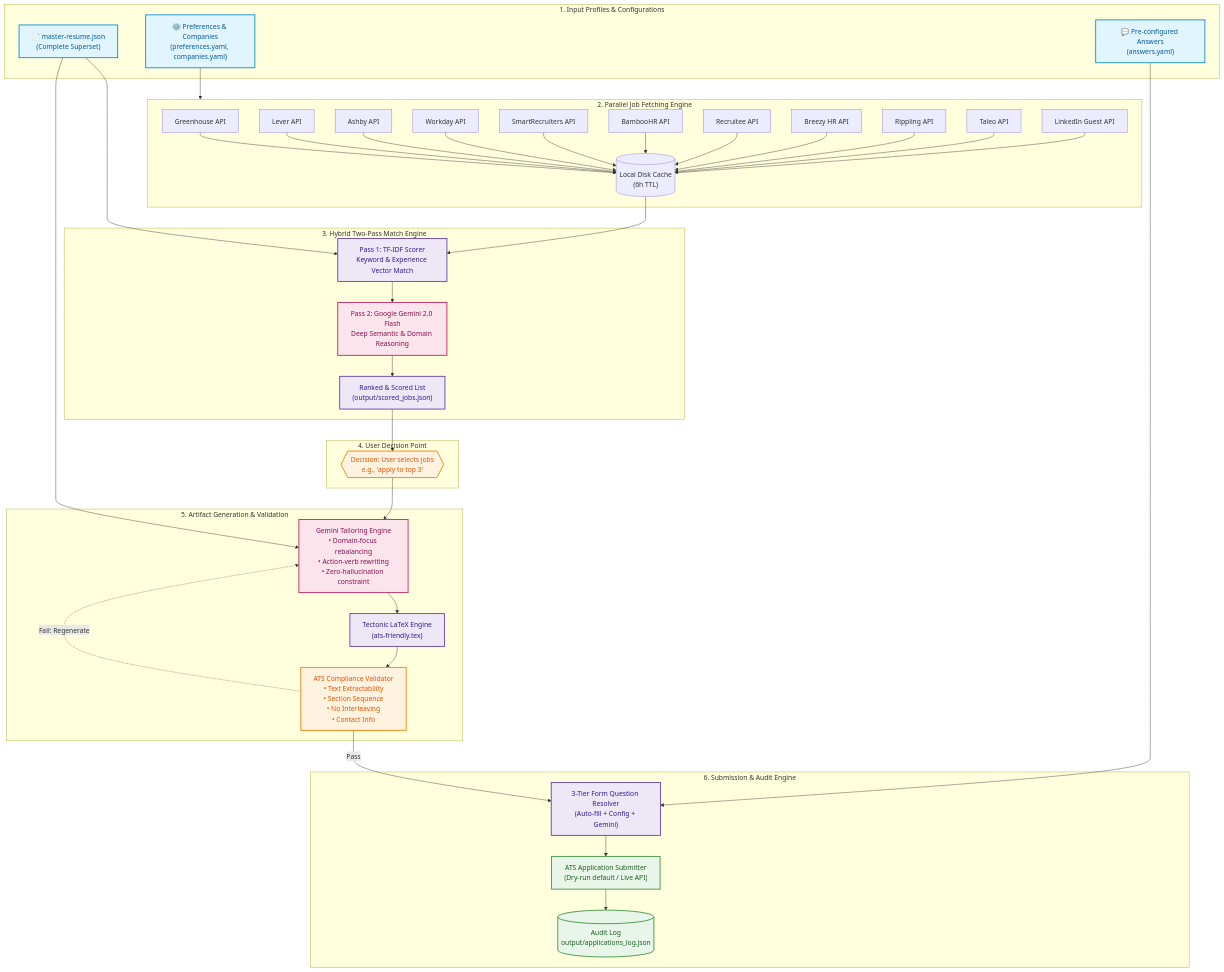
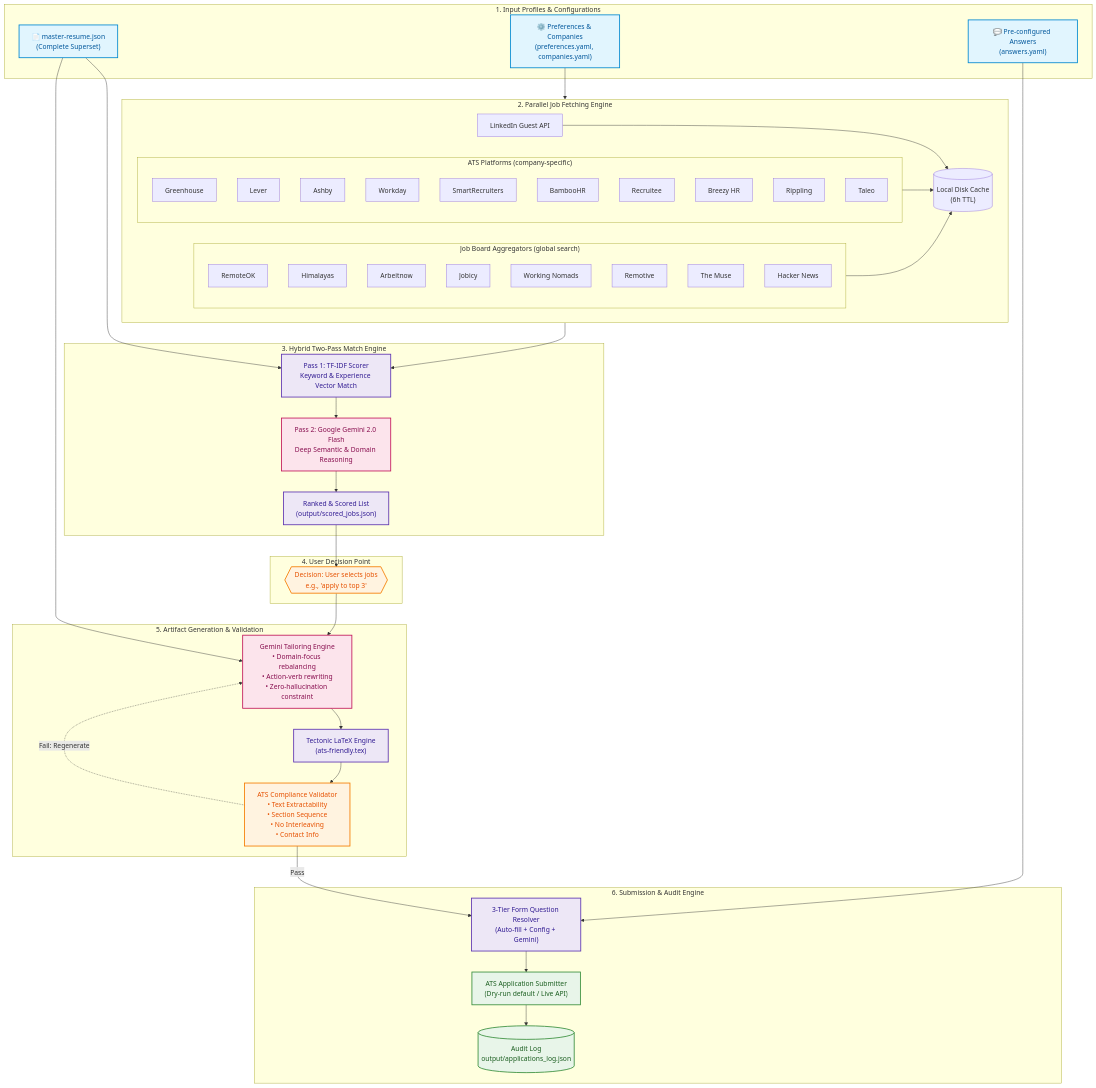
The first of 2 diagrams in README.md (prasadrawas/ats-job-hunter), drawn with Mermaid before and after one commit. The commit also changed other lines of this file and 2 other files, not shown here.

Commit message:
feat: add support for 8 job board aggregators with global search to fetcher, skill, and readme

````diff
--- a/README.md
+++ b/README.md
@@ -72,63 +97,76 @@
 ```mermaid
 flowchart TD
     classDef inputStyle fill:#e1f5fe,stroke:#0288d1,stroke-width:2px,color:#01579b;
     classDef processStyle fill:#ede7f6,stroke:#5e35b1,stroke-width:2px,color:#311b92;
     classDef aiStyle fill:#fce4ec,stroke:#c2185b,stroke-width:2px,color:#880e4f;
     classDef outputStyle fill:#e8f5e9,stroke:#388e3c,stroke-width:2px,color:#1b5e20;
     classDef guardStyle fill:#fff3e0,stroke:#f57c00,stroke-width:2px,color:#e65100;
 
     subgraph Inputs [" 1. Input Profiles & Configurations "]
         MR["📄 master-resume.json\n(Complete Superset)"]:::inputStyle
         CFG["⚙️ Preferences & Companies\n(preferences.yaml, companies.yaml)"]:::inputStyle
         ANS["💬 Pre-configured Answers\n(answers.yaml)"]:::inputStyle
     end
 
     subgraph Fetcher [" 2. Parallel Job Fetching Engine "]
-        GH["Greenhouse API"]
-        LV["Lever API"]
-        AB["Ashby API"]
-        WD["Workday API"]
-        SR["SmartRecruiters API"]
-        BH["BambooHR API"]
-        RC["Recruitee API"]
-        BZ["Breezy HR API"]
-        RP["Rippling API"]
-        TL["Taleo API"]
+        direction LR
+        subgraph ATS ["ATS Platforms (company-specific)"]
+            GH["Greenhouse"]
+            LV["Lever"]
+            AB["Ashby"]
+            WD["Workday"]
+            SR["SmartRecruiters"]
+            BH["BambooHR"]
+            RC["Recruitee"]
+            BZ["Breezy HR"]
+            RP["Rippling"]
+            TL["Taleo"]
+        end
+        subgraph Boards ["Job Board Aggregators (global search)"]
+            ROK["RemoteOK"]
+            HIM["Himalayas"]
+            ARB["Arbeitnow"]
+            JBC["Jobicy"]
+            WNO["Working Nomads"]
+            RMT["Remotive"]
+            TMS["The Muse"]
+            HN["Hacker News"]
+        end
         LI["LinkedIn Guest API"]
         CACHE[("Local Disk Cache\n(6h TTL)")]
     end
 
     subgraph Scoring [" 3. Hybrid Two-Pass Match Engine "]
         P1["Pass 1: TF-IDF Scorer\nKeyword & Experience Vector Match"]:::processStyle
         P2["Pass 2: Google Gemini 2.0 Flash\nDeep Semantic & Domain Reasoning"]:::aiStyle
         RANK["Ranked & Scored List\n(output/scored_jobs.json)"]:::processStyle
     end
 
     subgraph Decision [" 4. User Decision Point "]
         DEC{{"Decision: User selects jobs\ne.g., 'apply to top 3'"}}:::guardStyle
     end
 
     subgraph Tailoring [" 5. Artifact Generation & Validation "]
         TAILOR["Gemini Tailoring Engine\n• Domain-focus rebalancing\n• Action-verb rewriting\n• Zero-hallucination constraint"]:::aiStyle
         LATEX["Tectonic LaTeX Engine\n(ats-friendly.tex)"]:::processStyle
         VAL["ATS Compliance Validator\n• Text Extractability\n• Section Sequence\n• No Interleaving\n• Contact Info"]:::guardStyle
     end
 
     subgraph Submitter [" 6. Submission & Audit Engine "]
         QANS["3-Tier Form Question Resolver\n(Auto-fill + Config + Gemini)"]:::processStyle
         SUBMIT["ATS Application Submitter\n(Dry-run default / Live API)"]:::outputStyle
         LOG[("Audit Log\noutput/applications_log.json")]:::outputStyle
     end
 
     MR --> P1
     CFG --> Fetcher
-    GH & LV & AB & WD & SR & BH & RC & BZ & RP & TL & LI --> CACHE --> P1
+    ATS & Boards & LI --> CACHE --> P1
     P1 --> P2 --> RANK --> DEC
     DEC --> TAILOR
     MR --> TAILOR
     TAILOR --> LATEX --> VAL
     VAL -->|Pass| QANS
     VAL -.->|Fail: Regenerate| TAILOR
     ANS --> QANS
     QANS --> SUBMIT --> LOG
 ```
````
